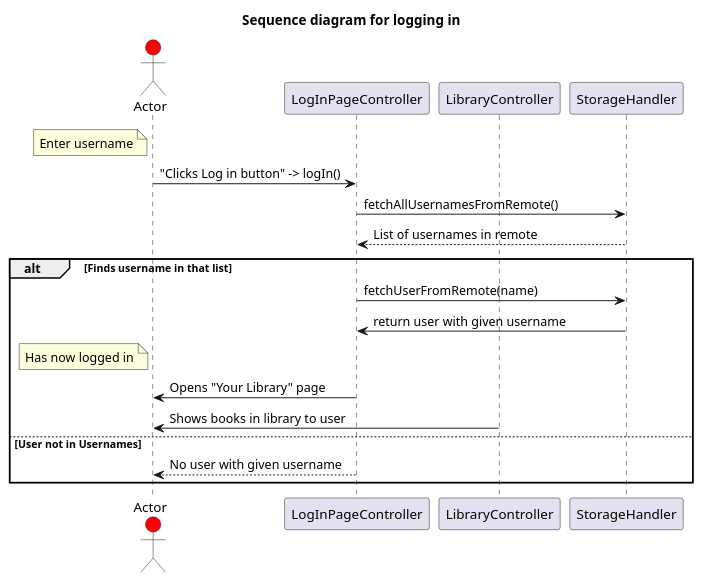
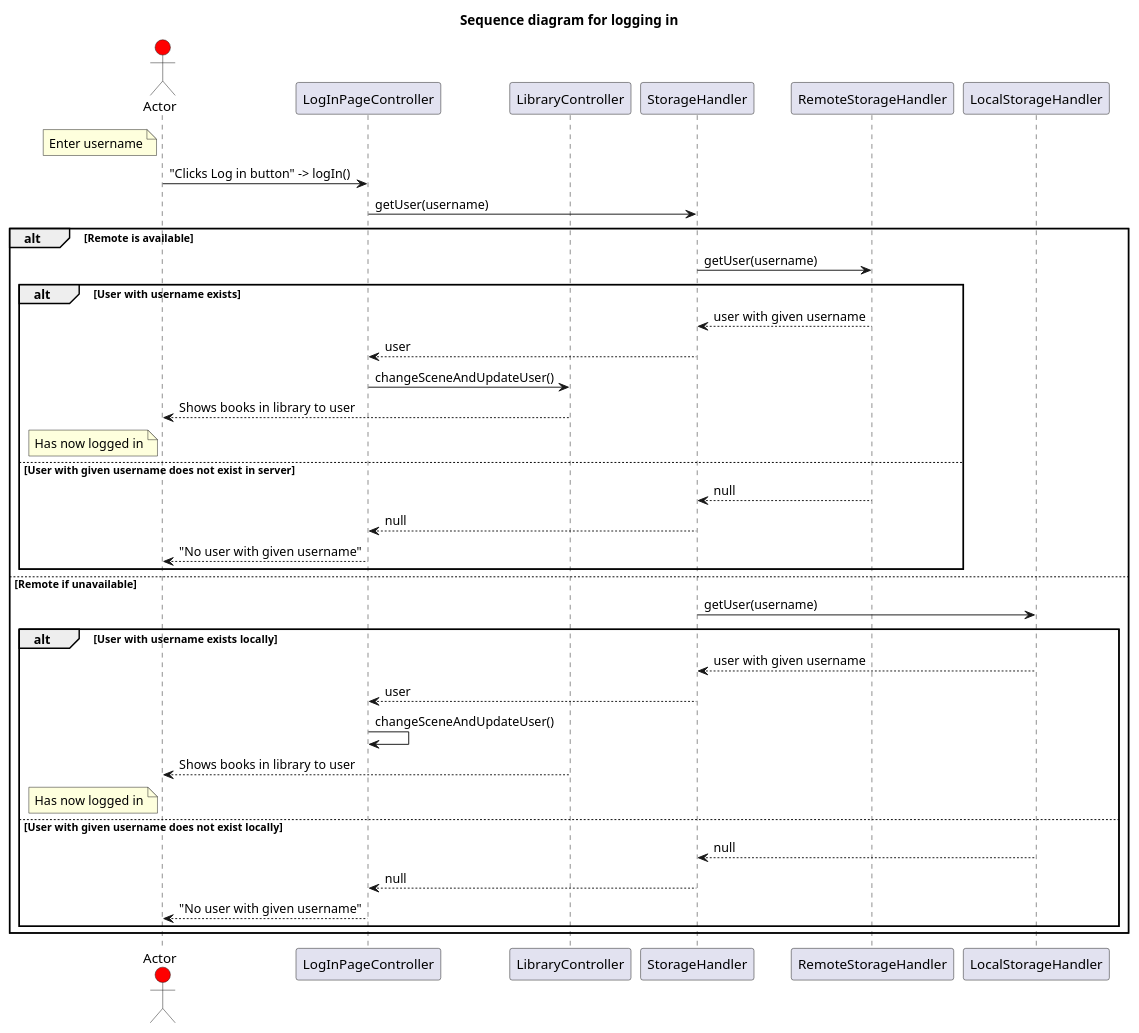
Before and after one commit to Mathiazom/bibtek: the diagram in bibtek/fxui/src/main/java/bibtek/ui/fxuiSequenceDiagramLogIn.puml, drawn with PlantUML. The commit also changed 4 other files, not shown here.

Commit message:
Update sequence diagrams

```diff
--- a/bibtek/fxui/src/main/java/bibtek/ui/fxuiSequenceDiagramLogIn.puml
+++ b/bibtek/fxui/src/main/java/bibtek/ui/fxuiSequenceDiagramLogIn.puml
@@ -1,27 +1,41 @@
 @startuml 
 title Sequence diagram for logging in
 actor Actor #red
 participant LogInPageController
 participant LibraryController
 participant StorageHandler
+participant RemoteStorageHandler
+participant LocalStorageHandler
 
 
 note left of Actor: Enter username
 Actor -> LogInPageController: "Clicks Log in button" -> logIn()
-LogInPageController -> StorageHandler: fetchAllUsernamesFromRemote()
-LogInPageController <-- StorageHandler: List of usernames in remote
-alt Finds username in that list
-   LogInPageController -> StorageHandler: fetchUserFromRemote(name)
-   LogInPageController <- StorageHandler: return user with given username
+LogInPageController -> StorageHandler: getUser(username)
+alt Remote is available
+   StorageHandler -> RemoteStorageHandler: getUser(username)
+   alt User with username exists
+      RemoteStorageHandler --> StorageHandler: user with given username
+      StorageHandler --> LogInPageController: user
+      LogInPageController -> LibraryController: changeSceneAndUpdateUser()
+      LibraryController --> Actor: Shows books in library to user 
 note left of Actor: Has now logged in
-   LogInPageController -> Actor: Opens "Your Library" page
-   LibraryController -> Actor: Shows books in library to user
-     
-else User not in Usernames
-   Actor <-- LogInPageController: No user with given username
+   else User with given username does not exist in server
+      RemoteStorageHandler --> StorageHandler: null
+      StorageHandler --> LogInPageController: null
+      LogInPageController --> Actor: "No user with given username" 
+   end
+else Remote if unavailable
+   StorageHandler -> LocalStorageHandler: getUser(username)
+   alt User with username exists locally
+      LocalStorageHandler --> StorageHandler: user with given username
+      StorageHandler --> LogInPageController: user
+      LogInPageController -> LogInPageController: changeSceneAndUpdateUser()
+      LibraryController --> Actor: Shows books in library to user 
+note left of Actor: Has now logged in
+   else User with given username does not exist locally
+      LocalStorageHandler --> StorageHandler: null
+      StorageHandler --> LogInPageController: null
+      LogInPageController --> Actor: "No user with given username" 
+      end
 end
-
-
-
-
 @enduml
```
